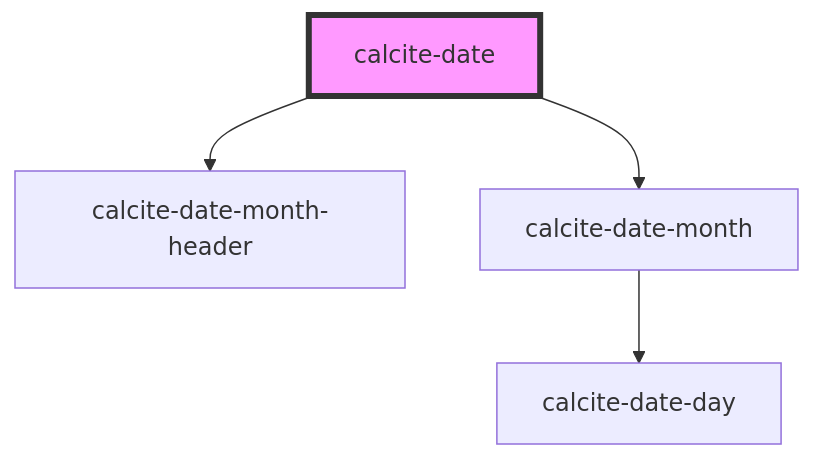
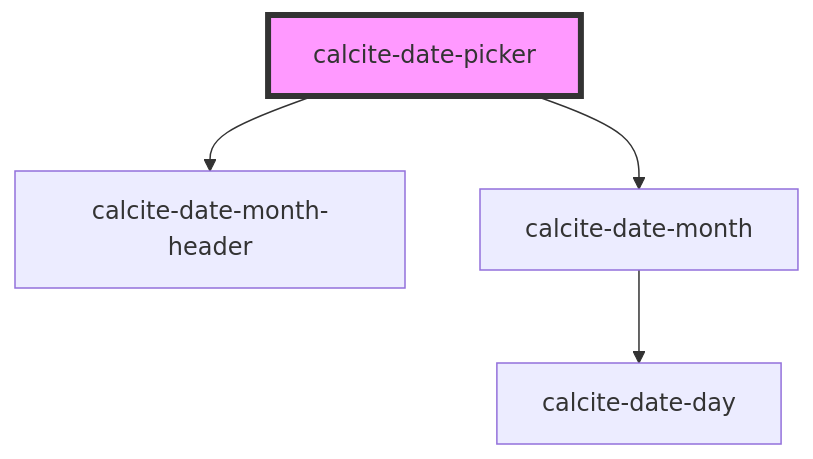
The diagram in src/components/calcite-date/readme.md (vikivakarvc/calcite-design-system), drawn with Mermaid before and after one commit. The commit also changed 9 other files, not shown here.

````diff
--- a/src/components/calcite-date/readme.md
+++ b/src/components/calcite-date/readme.md
@@ -36,7 +36,7 @@
 ```mermaid
 graph TD;
-  calcite-date --> calcite-date-month-header
-  calcite-date --> calcite-date-month
+  calcite-date-picker --> calcite-date-month-header
+  calcite-date-picker --> calcite-date-month
   calcite-date-month --> calcite-date-day
-  style calcite-date fill:#f9f,stroke:#333,stroke-width:4px
+  style calcite-date-picker fill:#f9f,stroke:#333,stroke-width:4px
 ```
````
